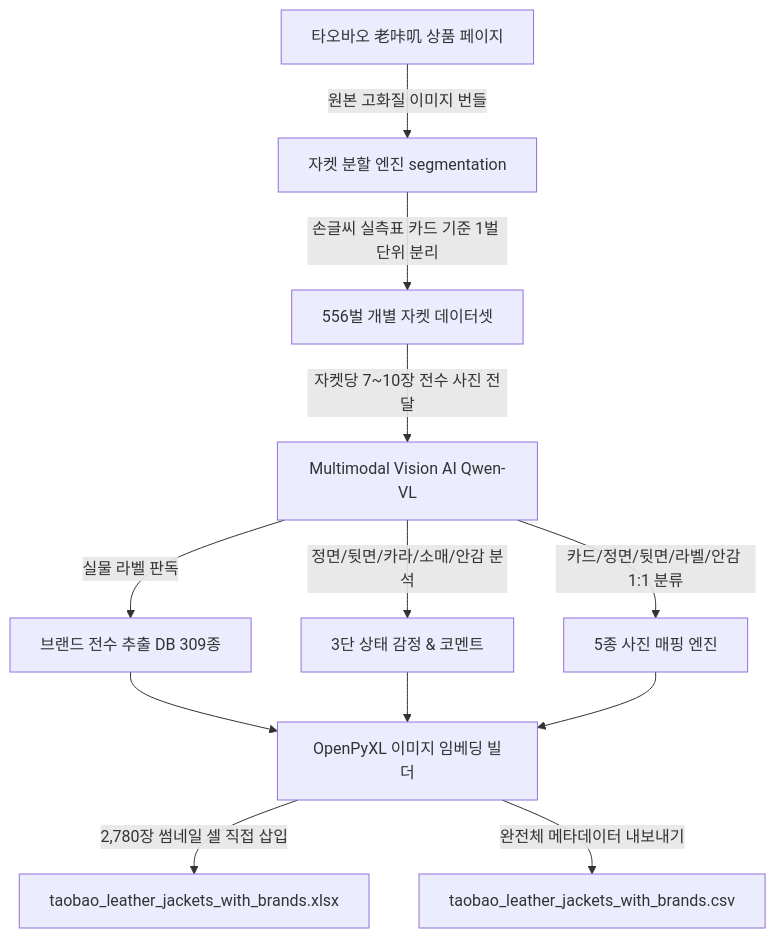
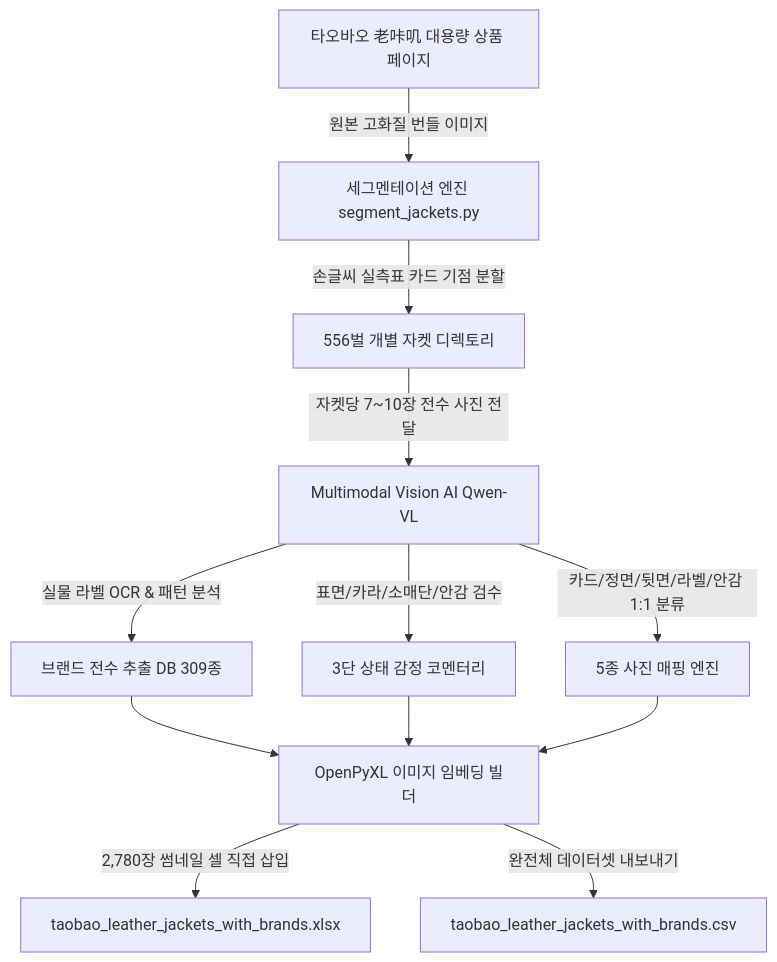
The diagram in README.md (passtock/finder), drawn with Mermaid before and after one commit. The commit also changed other lines of this file, not shown here.

````diff
--- a/README.md
+++ b/README.md
@@ -237,12 +337,12 @@
 ```mermaid
 graph TD
-    A[타오바오 老咔叽 상품 페이지] -->|원본 고화질 이미지 번들| B[자켓 분할 엔진 segmentation]
-    B -->|손글씨 실측표 카드 기준 1벌 단위 분리| C[556벌 개별 자켓 데이터셋]
+    A[타오바오 老咔叽 대용량 상품 페이지] -->|원본 고화질 번들 이미지| B[세그멘테이션 엔진 segment_jackets.py]
+    B -->|손글씨 실측표 카드 기점 분할| C[556벌 개별 자켓 디렉토리]
     C -->|자켓당 7~10장 전수 사진 전달| D[Multimodal Vision AI Qwen-VL]
-    D -->|실물 라벨 판독| E[브랜드 전수 추출 DB 309종]
-    D -->|정면/뒷면/카라/소매/안감 분석| F[3단 상태 감정 & 코멘트]
+    D -->|실물 라벨 OCR & 패턴 분석| E[브랜드 전수 추출 DB 309종]
+    D -->|표면/카라/소매단/안감 검수| F[3단 상태 감정 코멘터리]
     D -->|카드/정면/뒷면/라벨/안감 1:1 분류| G[5종 사진 매핑 엔진]
     E & F & G --> H[OpenPyXL 이미지 임베딩 빌더]
     H -->|2,780장 썸네일 셀 직접 삽입| I[taobao_leather_jackets_with_brands.xlsx]
-    H -->|완전체 메타데이터 내보내기| J[taobao_leather_jackets_with_brands.csv]
+    H -->|완전체 데이터셋 내보내기| J[taobao_leather_jackets_with_brands.csv]
 ```
````
